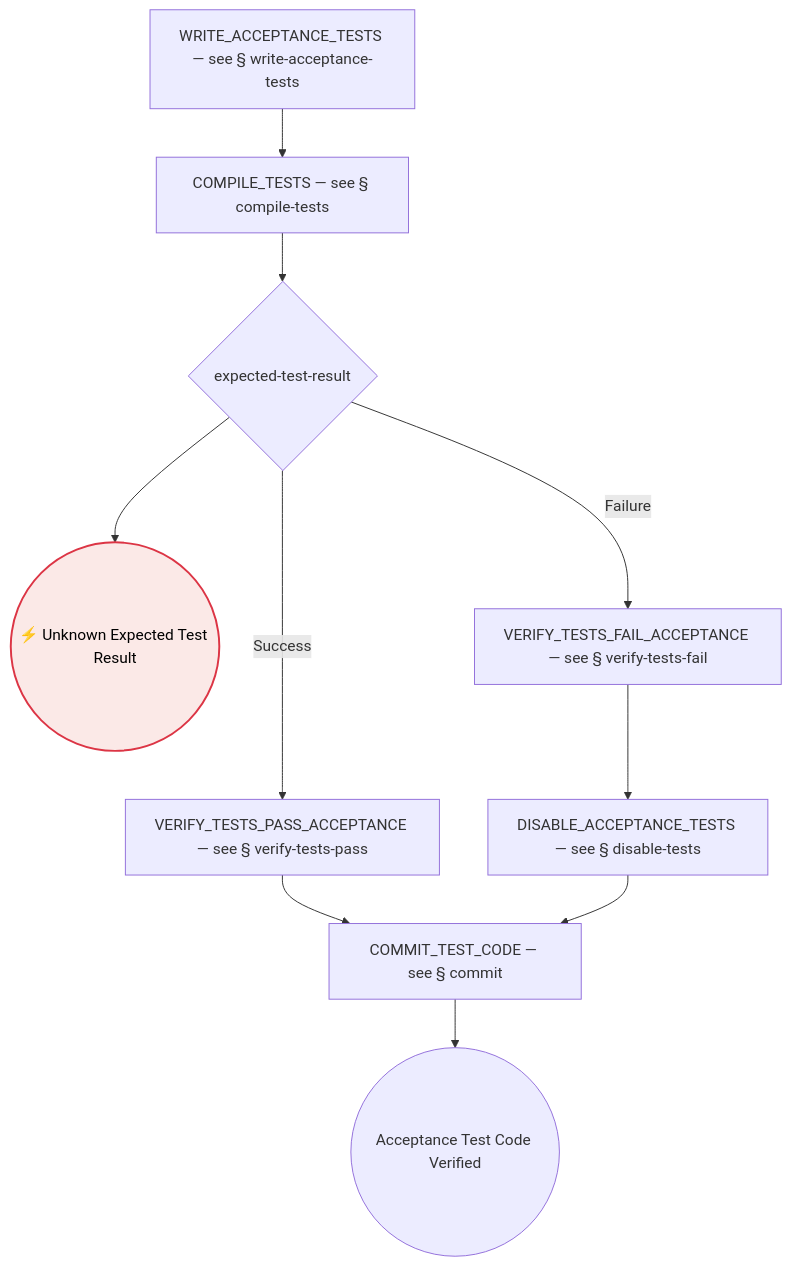
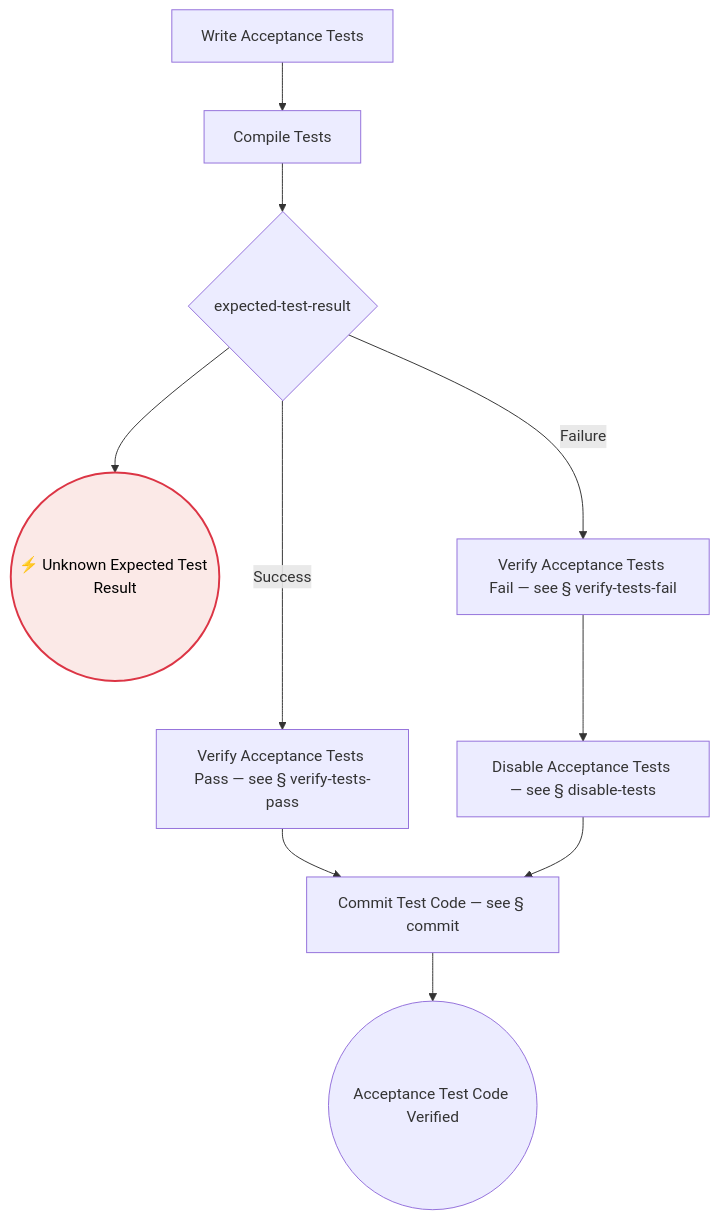
Diagram 16 of 50 in docs/process-diagram.md (optivem/gh-optivem), drawn with Mermaid before and after one commit. The commit also changed other lines of this file and 6 other files, not shown here.

````diff
--- a/docs/process-diagram.md
+++ b/docs/process-diagram.md
@@ -363,25 +363,25 @@
 ```mermaid
 flowchart TD
-    COMMIT_TEST_CODE[COMMIT_TEST_CODE — see § commit]
-    COMPILE_TESTS[COMPILE_TESTS — see § compile-tests]
-    DISABLE_ACCEPTANCE_TESTS[DISABLE_ACCEPTANCE_TESTS — see § disable-tests]
+    COMMIT_TEST_CODE[Commit Test Code — see § commit]
+    COMPILE_TESTS[Compile Tests]
+    DISABLE_ACCEPTANCE_TESTS[Disable Acceptance Tests — see § disable-tests]
     GATE_EXPECTED_TEST_RESULT{expected-test-result}
     UNKNOWN_EXPECTED_TEST_RESULT((⚡ Unknown Expected Test Result))
-    VERIFY_TESTS_FAIL_ACCEPTANCE[VERIFY_TESTS_FAIL_ACCEPTANCE — see § verify-tests-fail]
-    VERIFY_TESTS_PASS_ACCEPTANCE[VERIFY_TESTS_PASS_ACCEPTANCE — see § verify-tests-pass]
+    VERIFY_TESTS_FAIL_ACCEPTANCE[Verify Acceptance Tests Fail — see § verify-tests-fail]
+    VERIFY_TESTS_PASS_ACCEPTANCE[Verify Acceptance Tests Pass — see § verify-tests-pass]
     WAV_AT_CODE_END((Acceptance Test Code Verified))
-    WRITE_ACCEPTANCE_TESTS[WRITE_ACCEPTANCE_TESTS — see § write-acceptance-tests]
+    WRITE_ACCEPTANCE_TESTS[Write Acceptance Tests]
 
     WRITE_ACCEPTANCE_TESTS --> COMPILE_TESTS
     COMPILE_TESTS --> GATE_EXPECTED_TEST_RESULT
     GATE_EXPECTED_TEST_RESULT -- Success --> VERIFY_TESTS_PASS_ACCEPTANCE
     GATE_EXPECTED_TEST_RESULT -- Failure --> VERIFY_TESTS_FAIL_ACCEPTANCE
     GATE_EXPECTED_TEST_RESULT --> UNKNOWN_EXPECTED_TEST_RESULT
     VERIFY_TESTS_PASS_ACCEPTANCE --> COMMIT_TEST_CODE
     VERIFY_TESTS_FAIL_ACCEPTANCE --> DISABLE_ACCEPTANCE_TESTS
     DISABLE_ACCEPTANCE_TESTS --> COMMIT_TEST_CODE
     COMMIT_TEST_CODE --> WAV_AT_CODE_END
 
     classDef errorEndNode fill:#fbe9e7,stroke:#dc3545,stroke-width:2px,color:#000000
     class UNKNOWN_EXPECTED_TEST_RESULT errorEndNode
 ```
````
